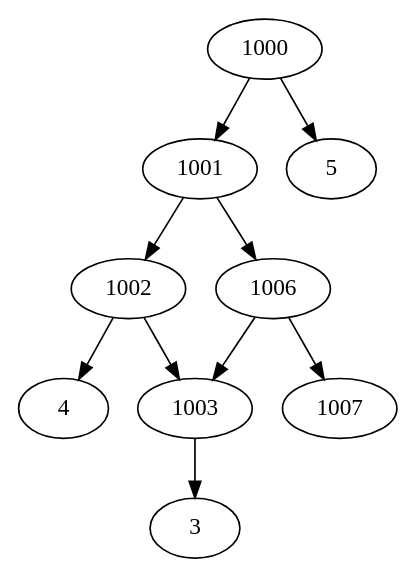
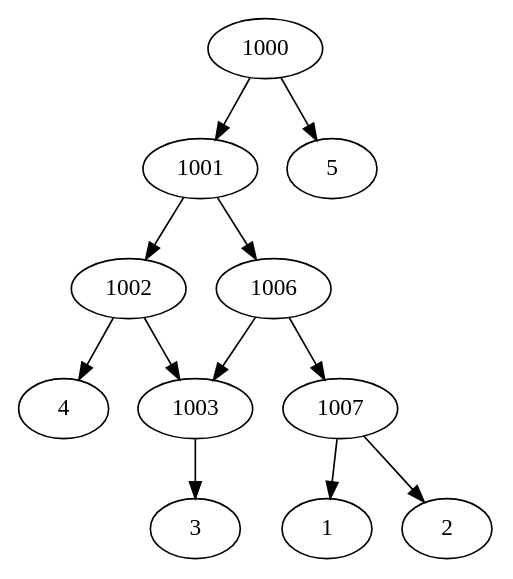
One commit to iharnoor/PhylogeneticsWebsite changed the diagram in ParsingTxt/upload.dot. Above: the diagram before and after it, drawn with Graphviz. The commit also changed 5 other files, not shown here.

```diff
--- a/ParsingTxt/upload.dot
+++ b/ParsingTxt/upload.dot
@@ -1,12 +1,14 @@
 strict digraph G1 {
 1000 -> 1001
 1000 -> 5
 1001 -> 1002
 1001 -> 1006
 1002 -> 1003
 1002 -> 4
 1003 -> 3
 1006 -> 1007
 1006 -> 1003
+1007 -> 1
+1007 -> 2
 1003 -> 3
 }
```
